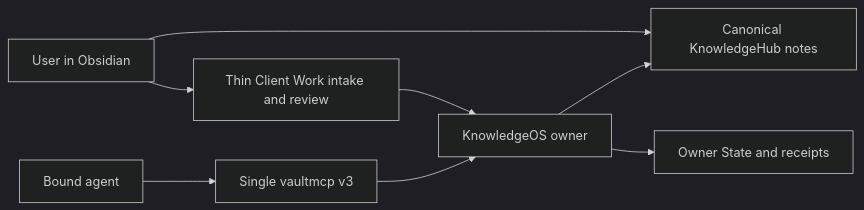
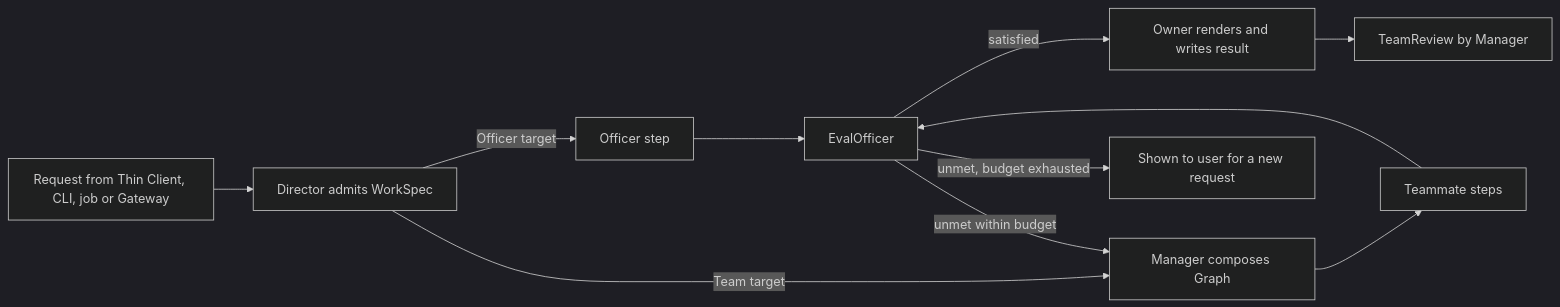
The diagram in OBSIDIAN_VAULT_BLUEPRINT.md (devRestain/KnowledgeOS), drawn with Mermaid (dark theme) before and after one commit. The commit also changed other lines of this file and 608 other files, not shown here.

````diff
--- a/OBSIDIAN_VAULT_BLUEPRINT.md
+++ b/OBSIDIAN_VAULT_BLUEPRINT.md
@@ -16,10 +185,13 @@
 ```mermaid
 flowchart LR
-    U[User in Obsidian] --> V[Canonical KnowledgeHub notes]
-    U --> W[Thin Client Work intake and review]
-    W --> O[KnowledgeOS owner]
-    A[Bound agent] --> M[Single vaultmcp v3]
-    M --> O
-    O --> S[Owner State and receipts]
-    O --> V
+    R[Request from Thin Client, CLI, job or Gateway] --> D[Director admits WorkSpec]
+    D -->|Officer target| F[Officer step]
+    D -->|Team target| M[Manager composes Graph]
+    M --> T[Teammate steps]
+    T --> E[EvalOfficer]
+    F --> E
+    E -->|satisfied| O[Owner renders and writes result]
+    E -->|unmet within budget| M
+    E -->|unmet, budget exhausted| H[Shown to user for a new request]
+    O --> V[TeamReview by Manager]
 ```
````
